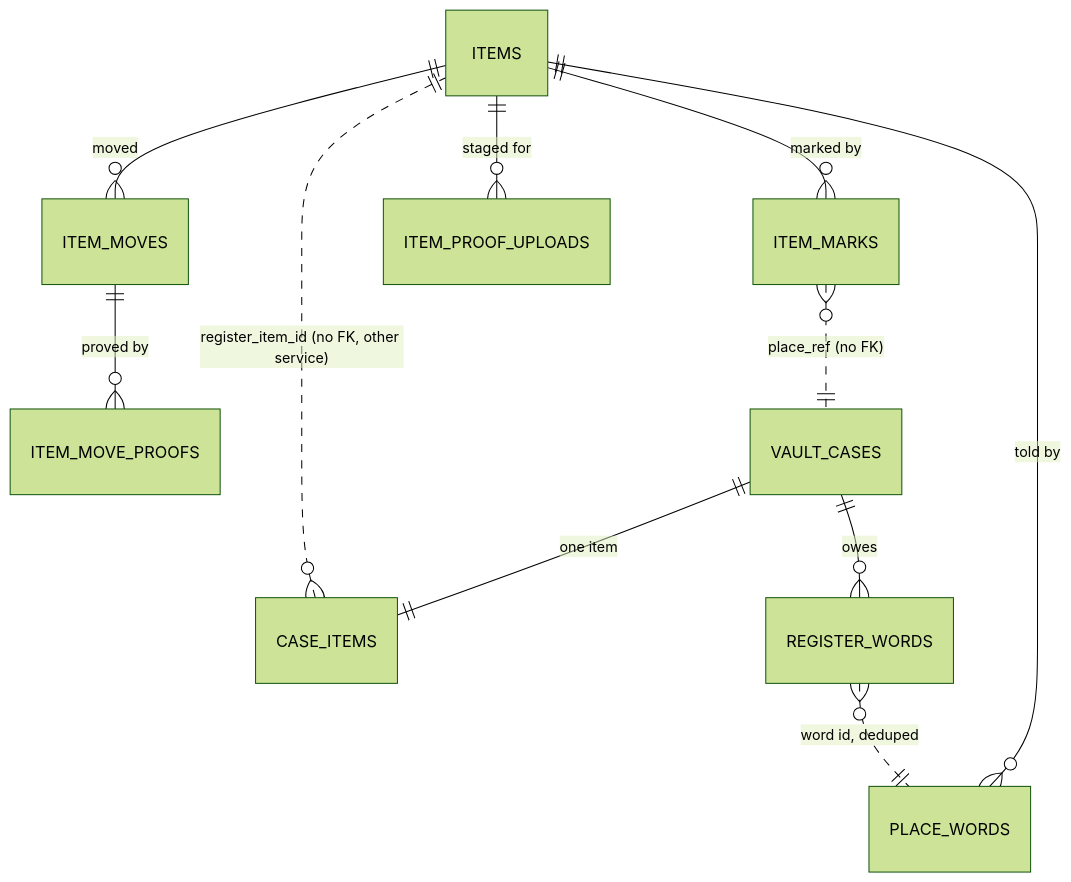
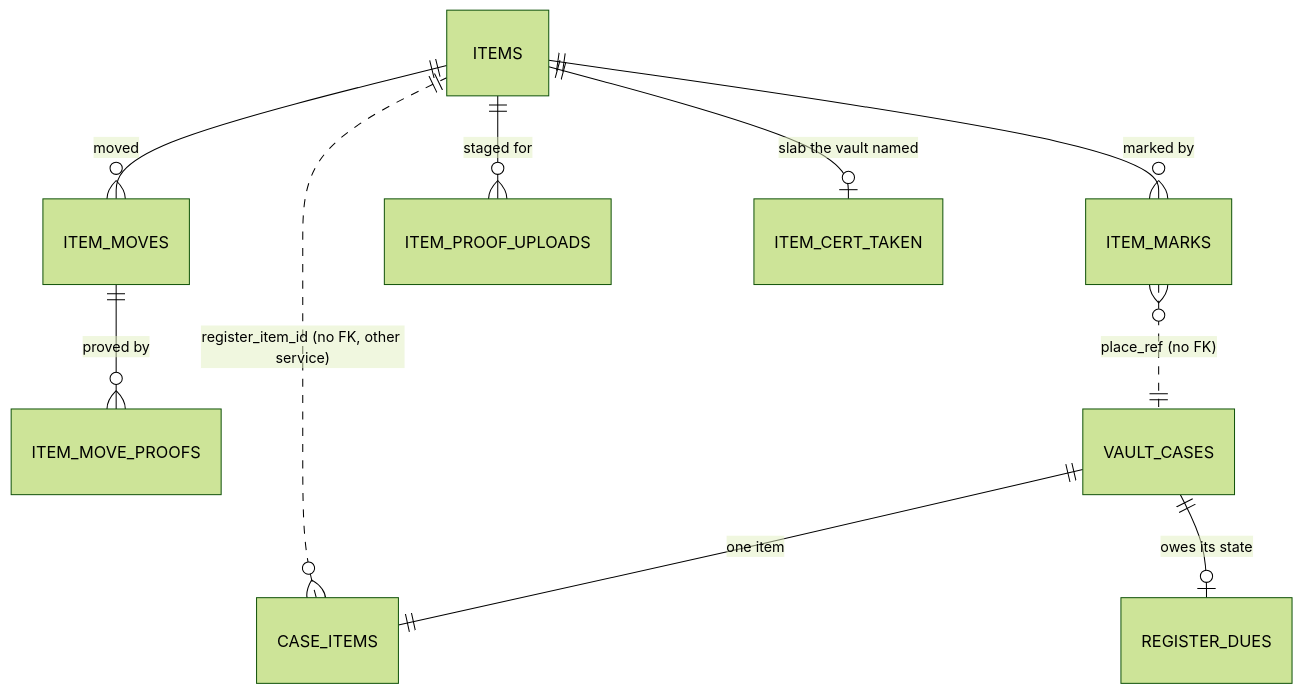
Before and after one commit to potzchan6969/grade10-spec: the diagram in openspec/changes/add-item-registry/tech-design.md, drawn with Mermaid (forest theme). The commit also changed other lines of this file and 17 other files, not shown here.

First line of the commit message:
docs(inventory): answer the item register's review round

````diff
--- a/openspec/changes/add-item-registry/tech-design.md
+++ b/openspec/changes/add-item-registry/tech-design.md
@@ -331,13 +362,12 @@
 ```mermaid
 erDiagram
   ITEMS ||--o{ ITEM_MARKS : "marked by"
   ITEMS ||--o{ ITEM_MOVES : "moved"
   ITEM_MOVES ||--o{ ITEM_MOVE_PROOFS : "proved by"
   ITEMS ||--o{ ITEM_PROOF_UPLOADS : "staged for"
-  ITEMS ||--o{ PLACE_WORDS : "told by"
+  ITEMS ||--o| ITEM_CERT_TAKEN : "slab the vault named"
   VAULT_CASES ||--|| CASE_ITEMS : "one item"
   CASE_ITEMS }o..|| ITEMS : "register_item_id (no FK, other service)"
-  VAULT_CASES ||--o{ REGISTER_WORDS : "owes"
-  REGISTER_WORDS }o..|| PLACE_WORDS : "word id, deduped"
+  VAULT_CASES ||--o| REGISTER_DUES : "owes its state"
   ITEM_MARKS }o..|| VAULT_CASES : "place_ref (no FK)"
 ```
````
